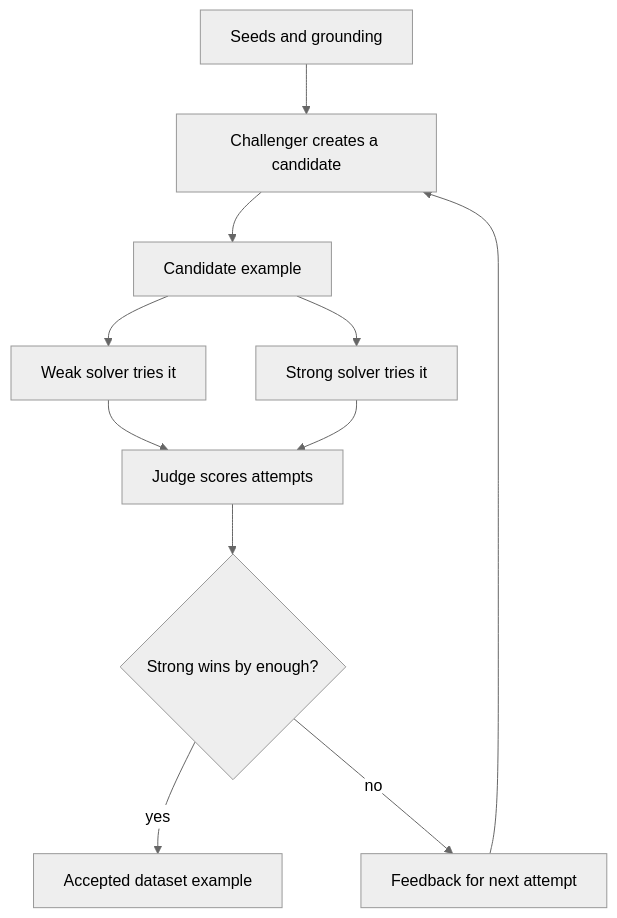
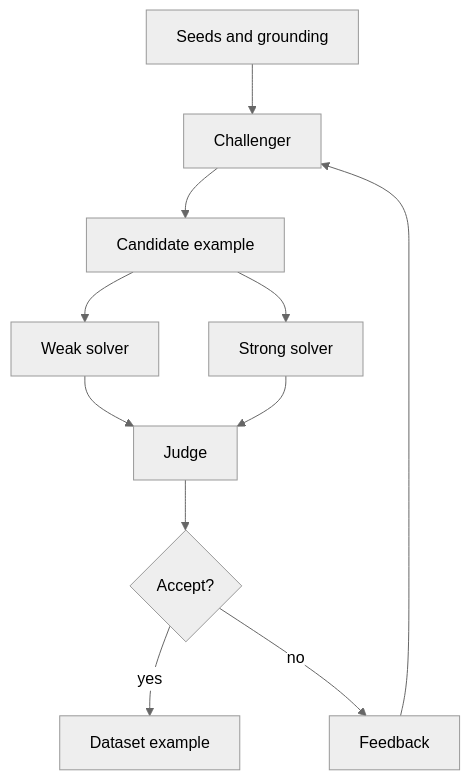
The first of 2 diagrams in README.md (Atharva-Kanherkar/datasmith), drawn with Mermaid (neutral theme) before and after one commit. The commit also changed other lines of this file, not shown here.

````diff
--- a/README.md
+++ b/README.md
@@ -23,13 +21,13 @@
 ```mermaid
 flowchart TD
-    Seeds[Seeds and grounding] --> Challenger[Challenger creates a candidate]
-    Challenger --> Candidate[Candidate example]
-    Candidate --> Weak[Weak solver tries it]
-    Candidate --> Strong[Strong solver tries it]
-    Weak --> Judge[Judge scores attempts]
-    Strong --> Judge
-    Judge --> Decision{Strong wins by enough?}
-    Decision -- yes --> Accepted[Accepted dataset example]
-    Decision -- no --> Feedback[Feedback for next attempt]
-    Feedback --> Challenger
+    A[Seeds and grounding] --> B[Challenger]
+    B --> C[Candidate example]
+    C --> D[Weak solver]
+    C --> E[Strong solver]
+    D --> F[Judge]
+    E --> F
+    F --> G{Accept?}
+    G -- yes --> H[Dataset example]
+    G -- no --> I[Feedback]
+    I --> B
 ```
````
